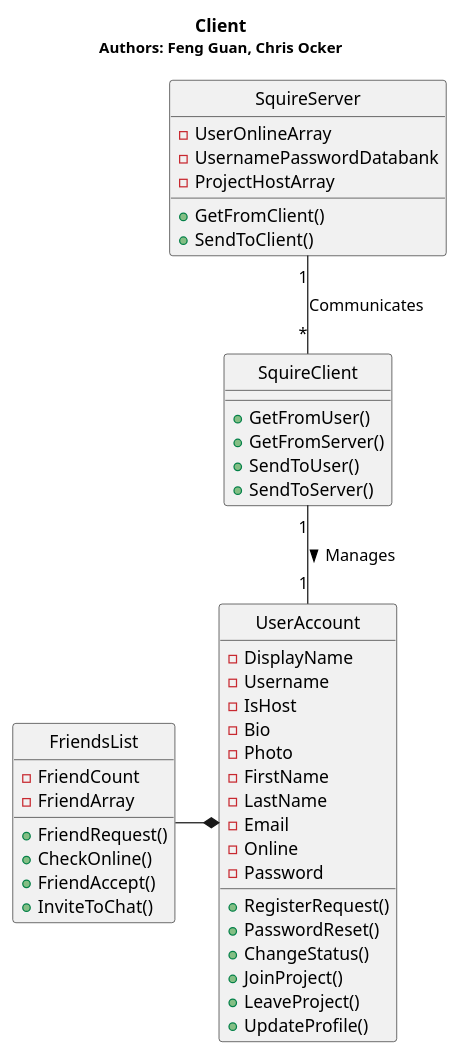
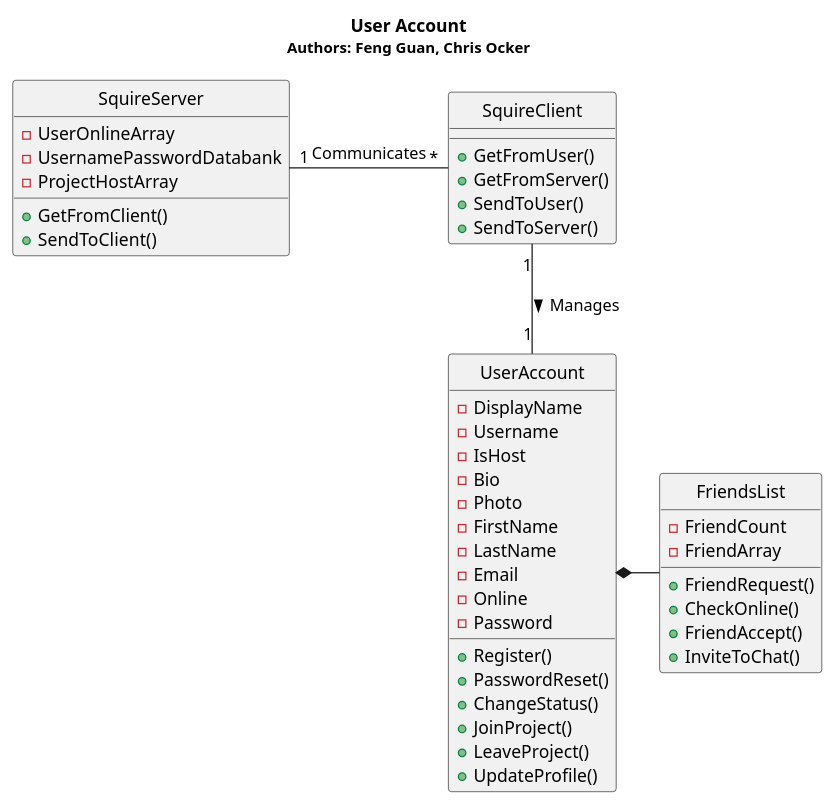
The diagram in hw3/UserAccount/UserAccounts.puml (voxelv/sQuire_kw), drawn with PlantUML before and after one commit. The commit also changed 5 other files, not shown here.

```diff
--- a/hw3/UserAccount/UserAccounts.puml
+++ b/hw3/UserAccount/UserAccounts.puml
@@ -1,55 +1,55 @@
 @startuml
 hide circles
 
-Title <b>Client</b>\n<size:12>Authors: Feng Guan, Chris Ocker</size>
+Title <b>User Account</b>\n<size:12>Authors: Feng Guan, Chris Ocker</size>
 
 
 class "SquireServer" as ss{
 -UserOnlineArray
 -UsernamePasswordDatabank
 -ProjectHostArray
 +GetFromClient()
 +SendToClient()
 }
 
 class "UserAccount" as ua {
 -DisplayName
 -Username
 -IsHost
 -Bio
 -Photo
 -FirstName
 -LastName
 -Email
 -Online
 -Password
-+RegisterRequest()
++Register()
 +PasswordReset()
 +ChangeStatus()
 +JoinProject()
 +LeaveProject()
 +UpdateProfile()
 }
 
 class "SquireClient" as sc {
 +GetFromUser()
 +GetFromServer()
 +SendToUser()
 +SendToServer()
 }
 
 
 class "FriendsList" as fl {
 -FriendCount
 -FriendArray
 +FriendRequest()
 +CheckOnline()
 +FriendAccept()
 +InviteToChat()
 }
 
 
 sc "1"  -- "1" ua : Manages >
-ss "1"  -- "*" sc : Communicates
-fl  -r-* ua
+ss "1"  -r- "*" sc : Communicates
+fl  -l-* ua
 @enduml
```
